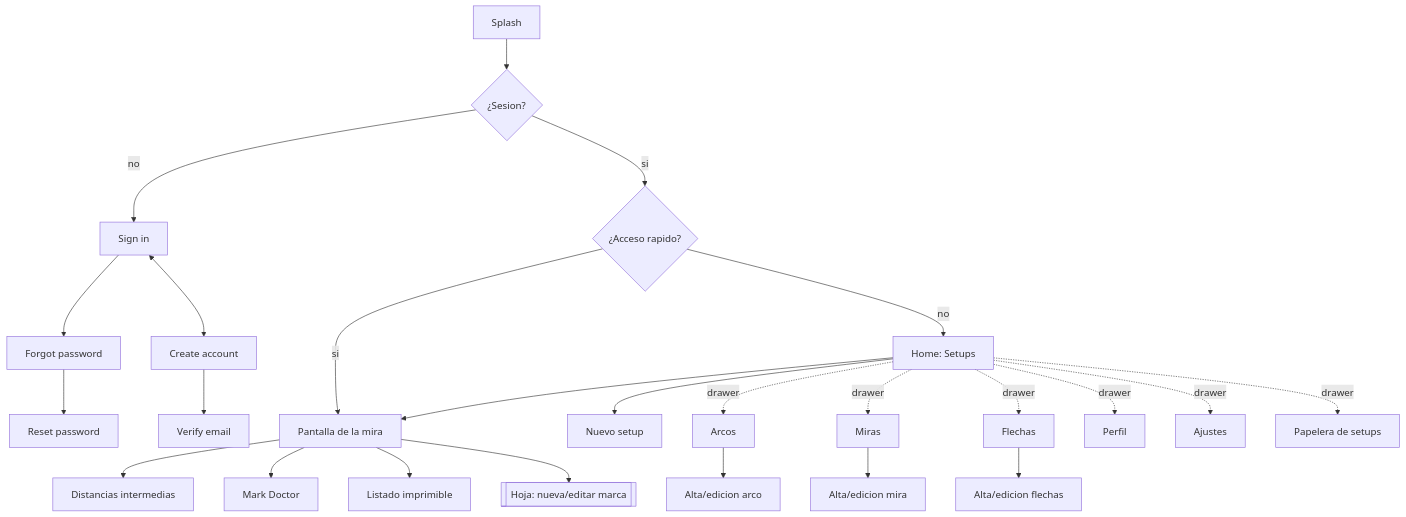
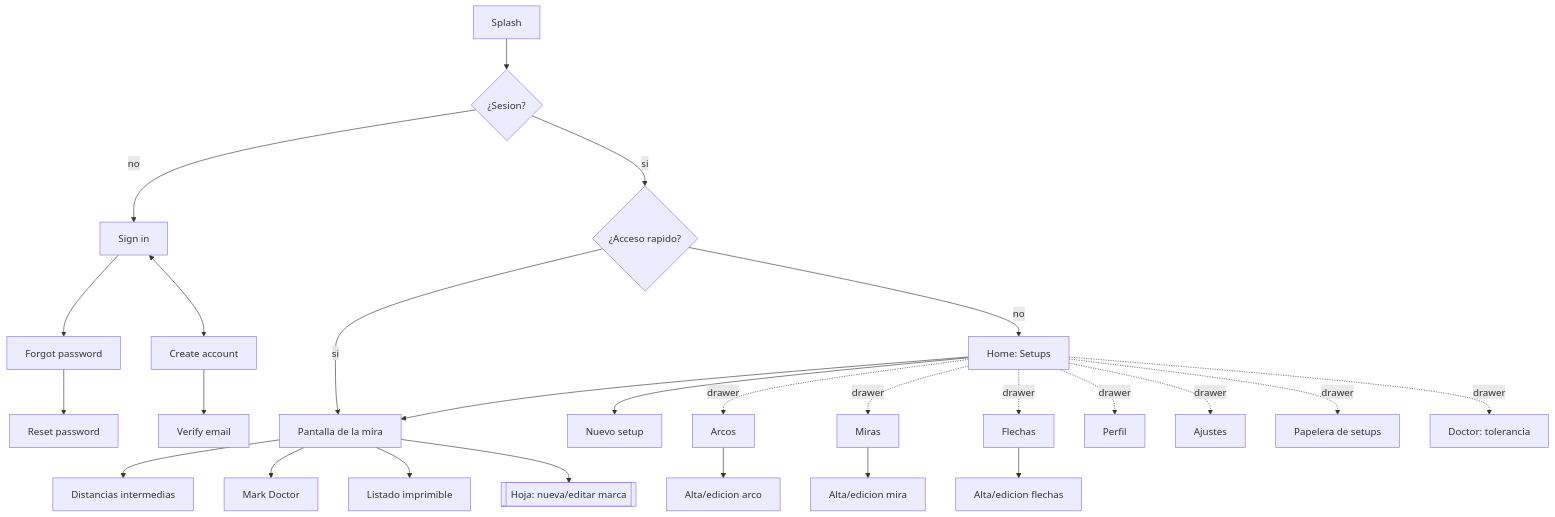
The first of 2 diagrams in docs/FUNCIONAL.md (BraianVaylet/sight-mapper-archery-project), drawn with Mermaid before and after one commit. The commit also changed other lines of this file and 15 other files, not shown here.

````diff
--- a/docs/FUNCIONAL.md
+++ b/docs/FUNCIONAL.md
@@ -11,22 +11,23 @@
 ```mermaid
 flowchart TD
   splash[Splash] --> auth{¿Sesion?}
   auth -- no --> signin[Sign in]
   signin <--> signup[Create account]
   signin --> forgot[Forgot password] --> reset[Reset password]
   signup --> verify[Verify email]
   auth -- si --> quick{¿Acceso rapido?}
   quick -- si --> sight[Pantalla de la mira]
   quick -- no --> home[Home: Setups]
   home --> newsetup[Nuevo setup]
   home --> sight
   sight --> distances[Distancias intermedias]
   sight --> doctor[Mark Doctor]
   sight --> print[Listado imprimible]
   sight --> marksheet[[Hoja: nueva/editar marca]]
   home -. drawer .-> bows[Arcos] & sights[Miras] & arrows[Flechas] & profile[Perfil] & settings[Ajustes]
   bows --> bowform[Alta/edicion arco]
   sights --> sightform[Alta/edicion mira]
   arrows --> arrowform[Alta/edicion flechas]
   home -. drawer .-> trash[Papelera de setups]
+  home -. drawer .-> doctorcfg[Doctor: tolerancia]
 ```
````
